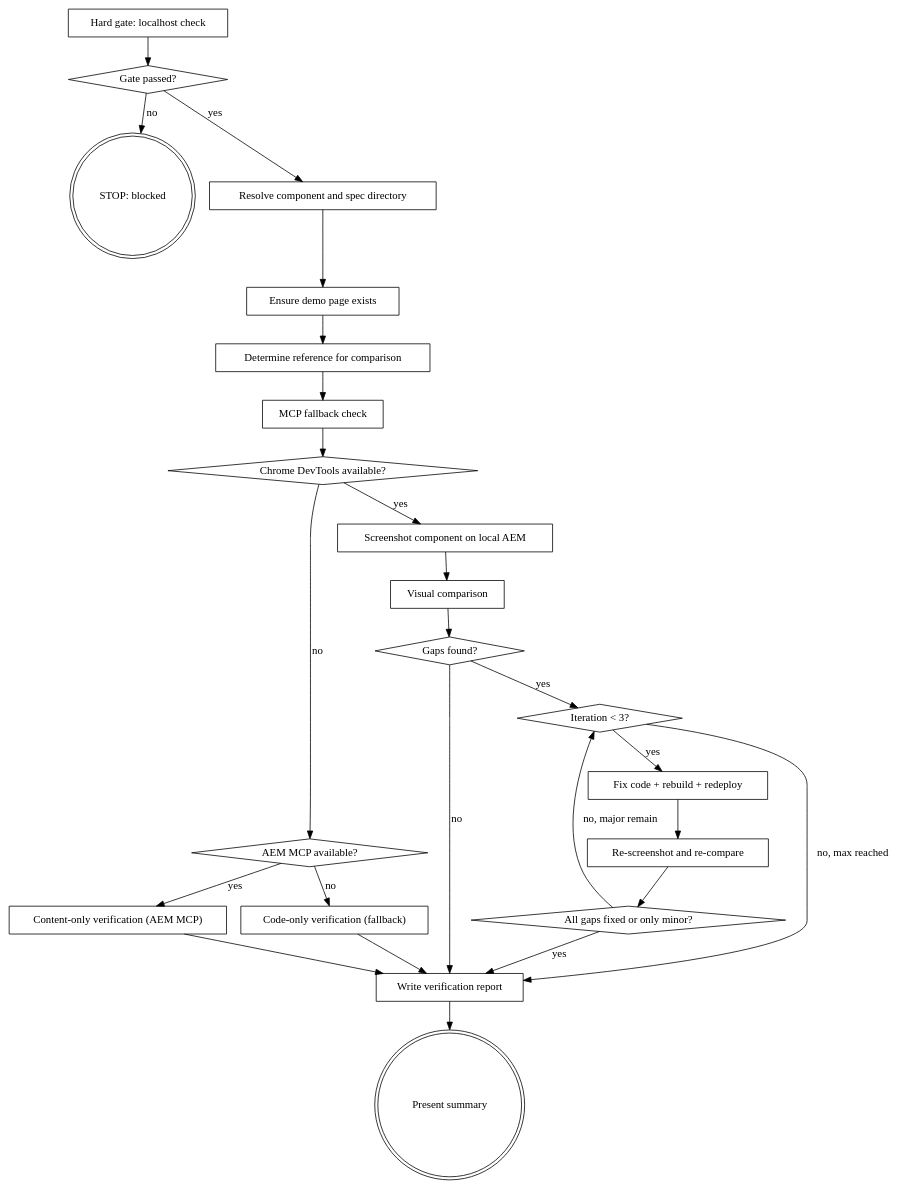
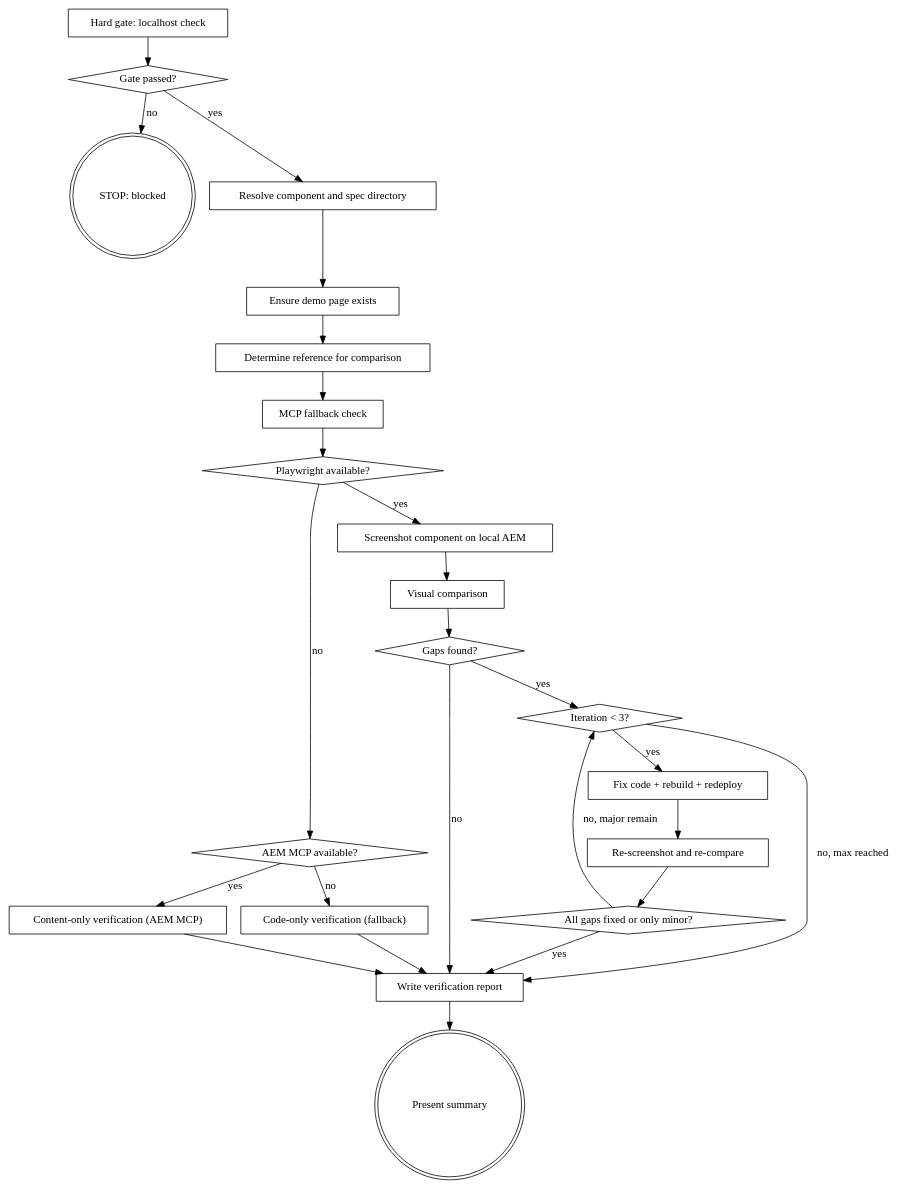
The diagram in plugins/dx-aem/skills/aem-fe-verify/SKILL.md (easingthemes/dx-aem-flow), drawn with Graphviz before and after one commit. The commit also changed other lines of this file and 91 other files, not shown here.

First line of the commit message:
feat(dx-aem)!: migrate browser automation to Playwright MCP (v3.0.0) (#157)

````diff
--- a/plugins/dx-aem/skills/aem-fe-verify/SKILL.md
+++ b/plugins/dx-aem/skills/aem-fe-verify/SKILL.md
@@ -33,49 +33,49 @@
 ```dot
 digraph aem_fe_verify {
     "Hard gate: localhost check" [shape=box];
     "Gate passed?" [shape=diamond];
     "STOP: blocked" [shape=doublecircle];
     "Resolve component and spec directory" [shape=box];
     "Ensure demo page exists" [shape=box];
     "Determine reference for comparison" [shape=box];
     "MCP fallback check" [shape=box];
-    "Chrome DevTools available?" [shape=diamond];
+    "Playwright available?" [shape=diamond];
     "AEM MCP available?" [shape=diamond];
     "Content-only verification (AEM MCP)" [shape=box];
     "Code-only verification (fallback)" [shape=box];
     "Screenshot component on local AEM" [shape=box];
     "Visual comparison" [shape=box];
     "Gaps found?" [shape=diamond];
     "Iteration < 3?" [shape=diamond];
     "Fix code + rebuild + redeploy" [shape=box];
     "Re-screenshot and re-compare" [shape=box];
     "All gaps fixed or only minor?" [shape=diamond];
     "Write verification report" [shape=box];
     "Present summary" [shape=doublecircle];
 
     "Hard gate: localhost check" -> "Gate passed?";
     "Gate passed?" -> "STOP: blocked" [label="no"];
     "Gate passed?" -> "Resolve component and spec directory" [label="yes"];
     "Resolve component and spec directory" -> "Ensure demo page exists";
     "Ensure demo page exists" -> "Determine reference for comparison";
     "Determine reference for comparison" -> "MCP fallback check";
-    "MCP fallback check" -> "Chrome DevTools available?";
-    "Chrome DevTools available?" -> "Screenshot component on local AEM" [label="yes"];
-    "Chrome DevTools available?" -> "AEM MCP available?" [label="no"];
+    "MCP fallback check" -> "Playwright available?";
+    "Playwright available?" -> "Screenshot component on local AEM" [label="yes"];
+    "Playwright available?" -> "AEM MCP available?" [label="no"];
     "AEM MCP available?" -> "Content-only verification (AEM MCP)" [label="yes"];
     "AEM MCP available?" -> "Code-only verification (fallback)" [label="no"];
     "Content-only verification (AEM MCP)" -> "Write verification report";
     "Code-only verification (fallback)" -> "Write verification report";
     "Screenshot component on local AEM" -> "Visual comparison";
     "Visual comparison" -> "Gaps found?";
     "Gaps found?" -> "Write verification report" [label="no"];
     "Gaps found?" -> "Iteration < 3?" [label="yes"];
     "Iteration < 3?" -> "Fix code + rebuild + redeploy" [label="yes"];
     "Iteration < 3?" -> "Write verification report" [label="no, max reached"];
     "Fix code + rebuild + redeploy" -> "Re-screenshot and re-compare";
     "Re-screenshot and re-compare" -> "All gaps fixed or only minor?";
     "All gaps fixed or only minor?" -> "Write verification report" [label="yes"];
     "All gaps fixed or only minor?" -> "Iteration < 3?" [label="no, major remain"];
     "Write verification report" -> "Present summary";
 }
 ```
````
